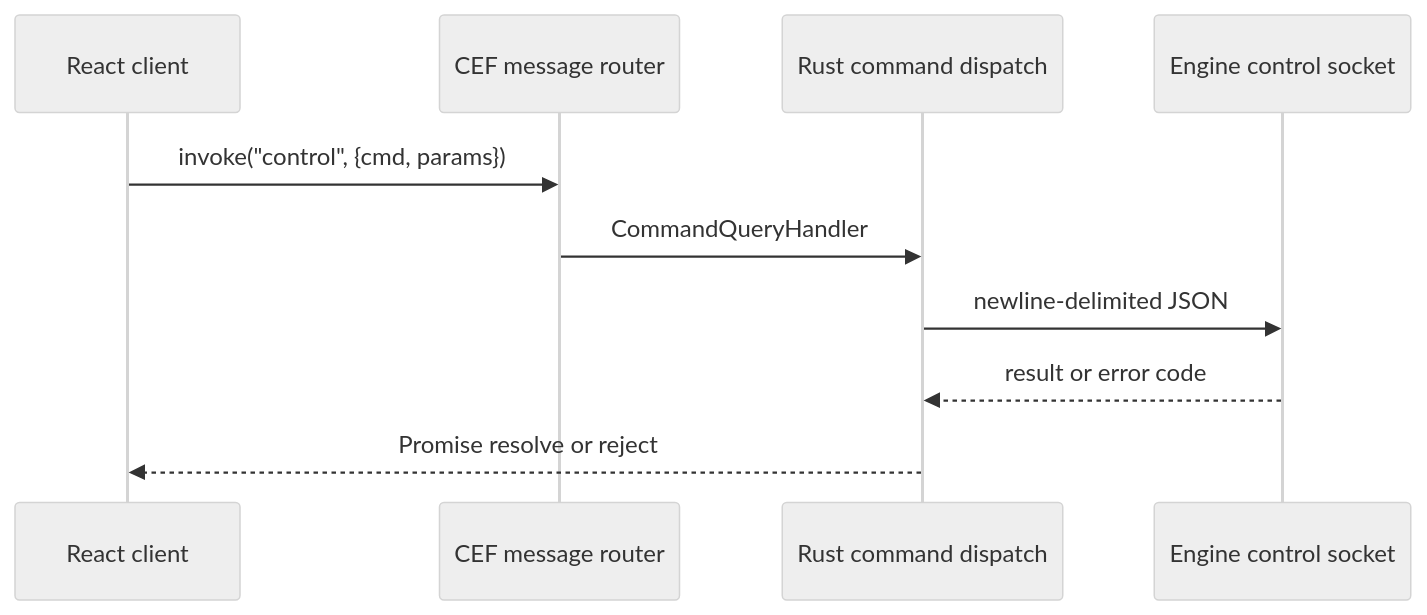
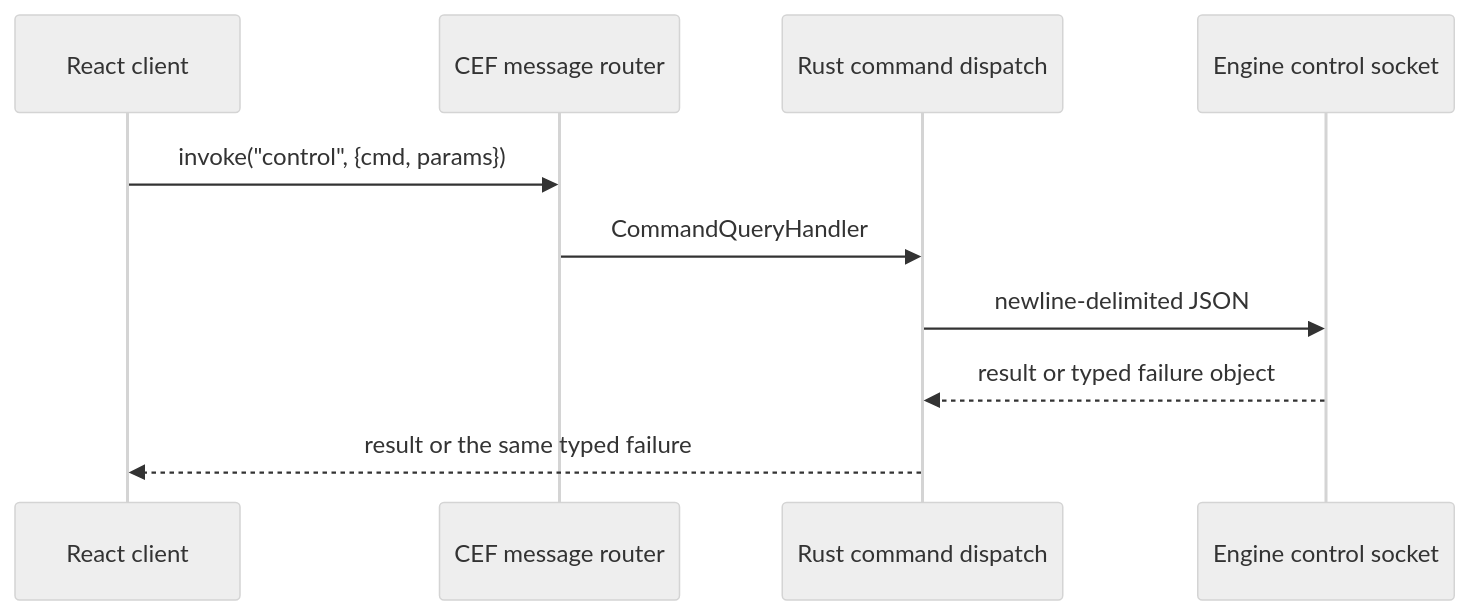
One commit to saffronjam/SaffronEngine changed the diagram in docs/content/explanations/ui-and-editor/editor-shell-and-viewport-bridge.md. Above: the diagram before and after it, drawn with Mermaid (neutral theme). The commit also changed other lines of this file and 6 other files, not shown here.

First line of the commit message:
docs: describe the typed control failure

````diff
--- a/docs/content/explanations/ui-and-editor/editor-shell-and-viewport-bridge.md
+++ b/docs/content/explanations/ui-and-editor/editor-shell-and-viewport-bridge.md
@@ -34,12 +34,12 @@
 ```mermaid
 sequenceDiagram
     participant UI as React client
     participant CEF as CEF message router
     participant Shell as Rust command dispatch
     participant Host as Engine control socket
     UI->>CEF: invoke("control", {cmd, params})
     CEF->>Shell: CommandQueryHandler
     Shell->>Host: newline-delimited JSON
-    Host-->>Shell: result or error code
-    Shell-->>UI: Promise resolve or reject
+    Host-->>Shell: result or typed failure object
+    Shell-->>UI: result or the same typed failure
 ```
````
